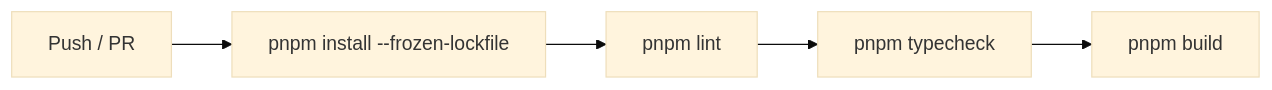
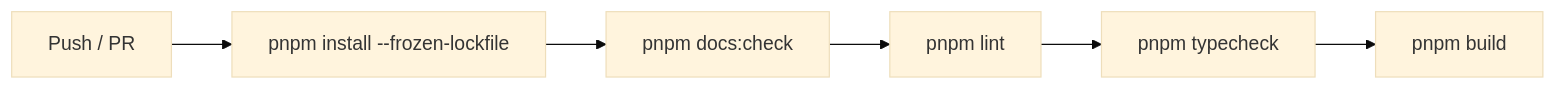
Before and after one commit to 369sup/worksync-hr: the diagram in docs/06-devops/github-actions.md, drawn with Mermaid (base theme). The commit also changed other lines of this file and 12 other files, not shown here.

Commit message:
Update docs guardrails and architecture references

````diff
--- a/docs/06-devops/github-actions.md
+++ b/docs/06-devops/github-actions.md
@@ -7,7 +7,8 @@
 ```mermaid
 flowchart LR
   PR[Push / PR] --> Install[pnpm install --frozen-lockfile]
-  Install --> Lint[pnpm lint]
+  Install --> Docs[pnpm docs:check]
+  Docs --> Lint[pnpm lint]
   Lint --> Typecheck[pnpm typecheck]
   Typecheck --> Build[pnpm build]
 ```
````
